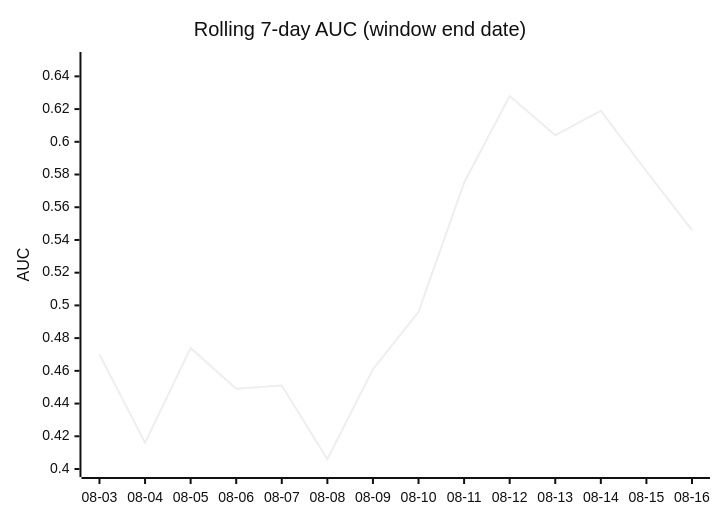
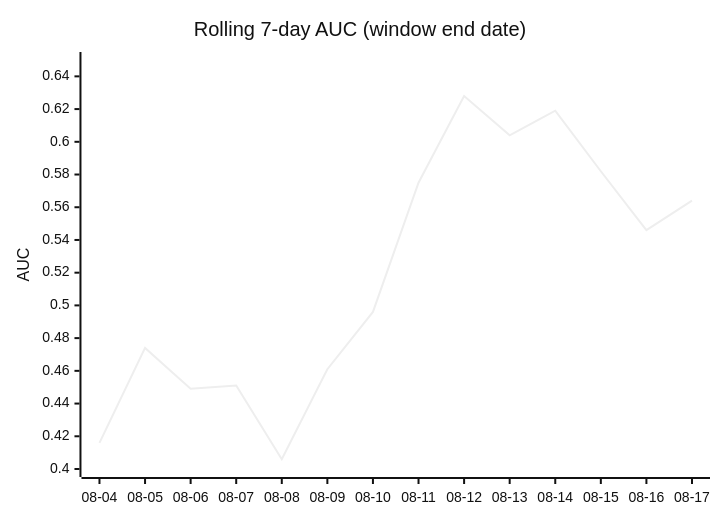
One commit to dpk1212/nhl-savant changed the third of 4 diagrams in DAILY_AGSU_REPORT.md. Above: the diagram before and after it, drawn with Mermaid (neutral theme). The commit also changed other lines of this file, not shown here.

````diff
--- a/DAILY_AGSU_REPORT.md
+++ b/DAILY_AGSU_REPORT.md
@@ -811,7 +806,7 @@
 ```mermaid
 xychart-beta
     title "Rolling 7-day AUC (window end date)"
-    x-axis ["08-03", "08-04", "08-05", "08-06", "08-07", "08-08", "08-09", "08-10", "08-11", "08-12", "08-13", "08-14", "08-15", "08-16"]
+    x-axis ["08-04", "08-05", "08-06", "08-07", "08-08", "08-09", "08-10", "08-11", "08-12", "08-13", "08-14", "08-15", "08-16", "08-17"]
     y-axis "AUC" 0.4 --> 0.65
-    line [0.47, 0.416, 0.474, 0.449, 0.451, 0.406, 0.461, 0.496, 0.575, 0.628, 0.604, 0.619, 0.582, 0.546]
+    line [0.416, 0.474, 0.449, 0.451, 0.406, 0.461, 0.496, 0.575, 0.628, 0.604, 0.619, 0.582, 0.546, 0.564]
 ```
````
